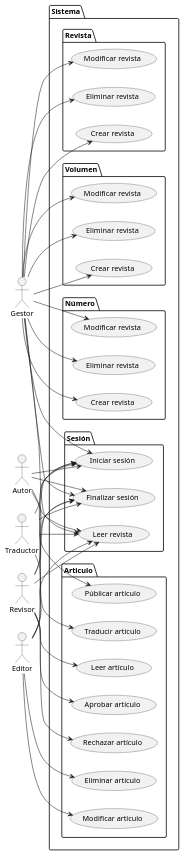
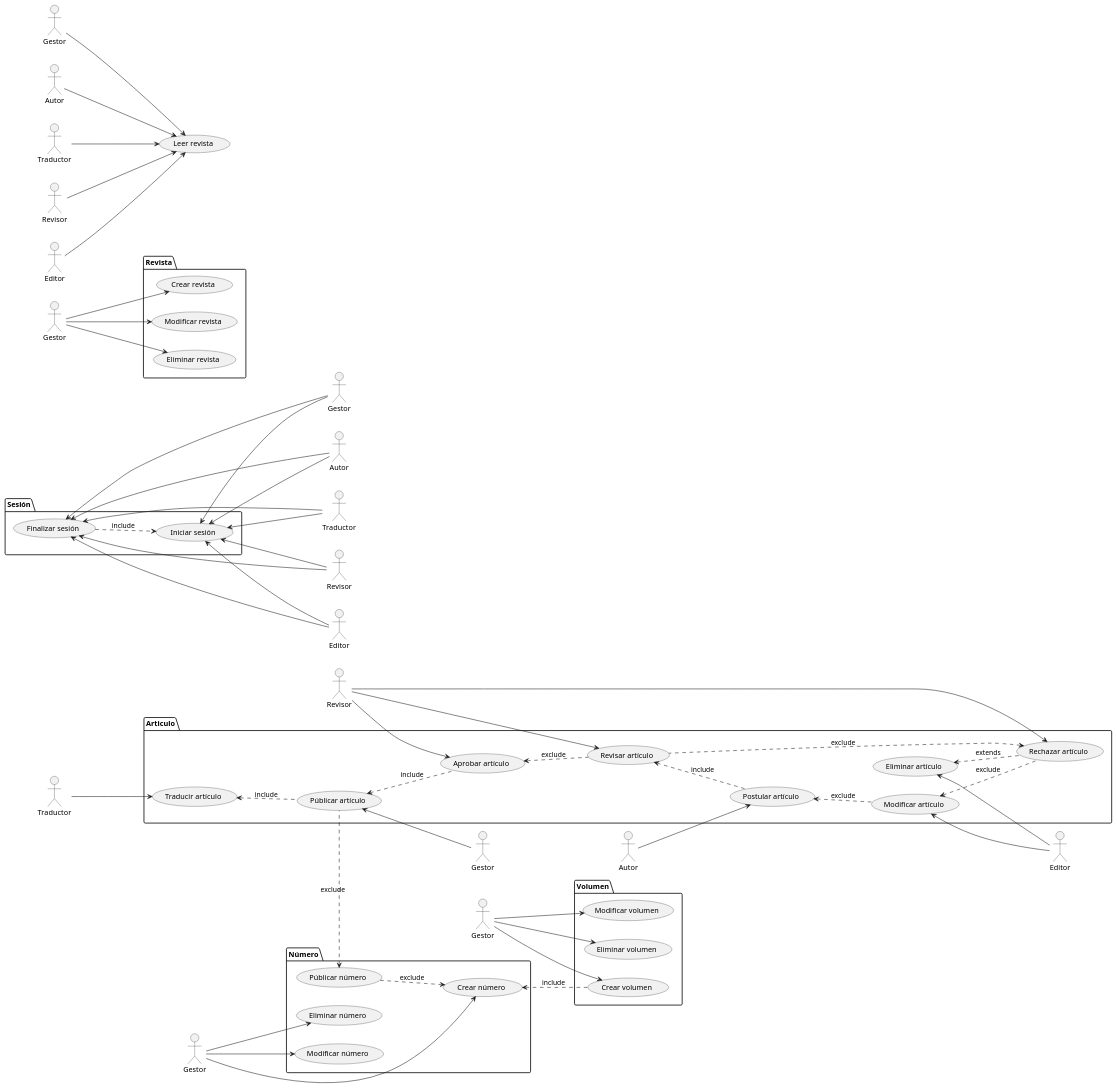
Before and after one commit to mmasias/IdSw1-22-23: the diagram in 000-entregas/Grupo4/casosDeUso/casosDeUso.puml, drawn with PlantUML. The commit also changed 1 other file, not shown here.

```diff
--- a/000-entregas/Grupo4/casosDeUso/casosDeUso.puml
+++ b/000-entregas/Grupo4/casosDeUso/casosDeUso.puml
@@ -1,90 +1,104 @@
 @startuml casosDeUso
 left to right direction
-
 actor "Gestor" as GS
 actor "Autor" as AU
 actor "Traductor" as TR
 actor "Revisor" as RV
 actor "Editor" as ED
-
-
-
-package Sistema { 
-
-
+actor "Gestor" as GS1
+actor "Autor" as AU1
+actor "Traductor" as TR1
+actor "Revisor" as RV1
+actor "Editor" as ED1
+actor "Gestor" as GS2
+actor "Gestor" as GS3
+actor "Gestor" as GS4
+actor "Gestor" as GS5
+actor "Autor" as AU5
+actor "Traductor" as TR5
+actor "Revisor" as RV5
+actor "Editor" as ED5
+ usecase "Leer revista" as read
  package Sesión{
   usecase "Iniciar sesión" as login
   usecase "Finalizar sesión" as logout
-  usecase "Leer revista" as read
 }
   package Revista {
     usecase "Crear revista" as createR
     usecase "Modificar revista" as updateR
-    usecase "Eliminar revista" as deleteR   
+    usecase "Eliminar revista" as deleteR
   }
-  
   package Articulo {
     usecase "Públicar artículo" as createA
+    usecase "Postular artículo" as postularA
     usecase "Modificar artículo" as updateA
     usecase "Eliminar artículo" as deleteA
     usecase "Aprobar artículo" as aprA
-    usecase "Rechazar artículo" as rechaA   
-    usecase "Leer artículo" as readA   
+    usecase "Rechazar artículo" as rechaA
+    usecase "Revisar artículo" as readA
     usecase "Traducir artículo" as traducir
   }
-
   package Volumen {
-    usecase "Crear revista" as createV
-    usecase "Modificar revista" as updateV
-    usecase "Eliminar revista" as deleteV   
+    usecase "Crear volumen" as createV
+    usecase "Modificar volumen" as updateV
+    usecase "Eliminar volumen" as deleteV
   }
-  
   package Número {
-    usecase "Crear revista" as createN
-    usecase "Modificar revista" as updateN
-    usecase "Eliminar revista" as deleteN  
+    usecase "Crear número" as createN
+    usecase "Modificar número" as updateN
+    usecase "Eliminar número" as deleteN
+    usecase "Públicar número" as publicarN
   }
-
- 
-}
-
-GS --> login
-GS --> logout
-GS --> read
-GS --> createR
-GS --> updateR
-GS --> deleteR
-GS --> createV
-GS --> updateV
-GS --> deleteV
-GS --> createN
-GS --> updateN
-GS --> deleteN
-
-AU -->createA
-AU --> login
-AU --> logout
-AU --> read
-
-
+'Package Sesion'
+GS1 -u-> login
+GS1 -u-> logout
+AU1 -u-> login
+AU1 -u-> logout
+RV1 -u-> login
+RV1 -u-> logout
+ED1 -u-> login
+ED1 -u-> logout
+TR1 -u-> login
+TR1 -u-> logout
+'General'
+GS5 --> read
+AU5 --> read
+RV5 --> read
+ED5 --> read
+TR5 --> read
+'Package Número'
+GS2 --> createN
+GS2 --> updateN
+GS2 --> deleteN
+'Package Volumen'
+GS3 --> createV
+GS3 --> updateV
+GS3 --> deleteV
+'Package Volumen'
+GS4 --> createR
+GS4 --> updateR
+GS4 --> deleteR
+'package Articulo'
+GS -u->createA
+AU --> postularA
 RV --> aprA
 RV --> rechaA
-RV --> login
-RV --> logout
-RV --> read
 RV --> readA
+ED -u-> updateA
+ED -u-> deleteA
+TR --> traducir
+(aprA) .u.> (createA) : include
 
+(readA) .u.> (aprA) : exclude
+(readA) .u.> (rechaA) : exclude
+(rechaA) .u.> (updateA) : exclude
 
-ED --> login
-ED --> logout
-ED --> read
-ED --> updateA
-ED --> deleteA
-
-
-TR --> login
-TR --> logout
-TR --> read
-TR --> traducir
-
-@enduml
+(createA) .u.> (traducir) : include
+(postularA) .u.> (readA) : include
+(rechaA) .u.> (deleteA) : extends
+(updateA) .u.> (postularA) : exclude
+(createA) .l.> (publicarN) : exclude 
+(publicarN) ..> (createN) : exclude 
+(logout) .d.> (login) : include
+(createV) .u.> (createN) : include
+@enduml  
```
